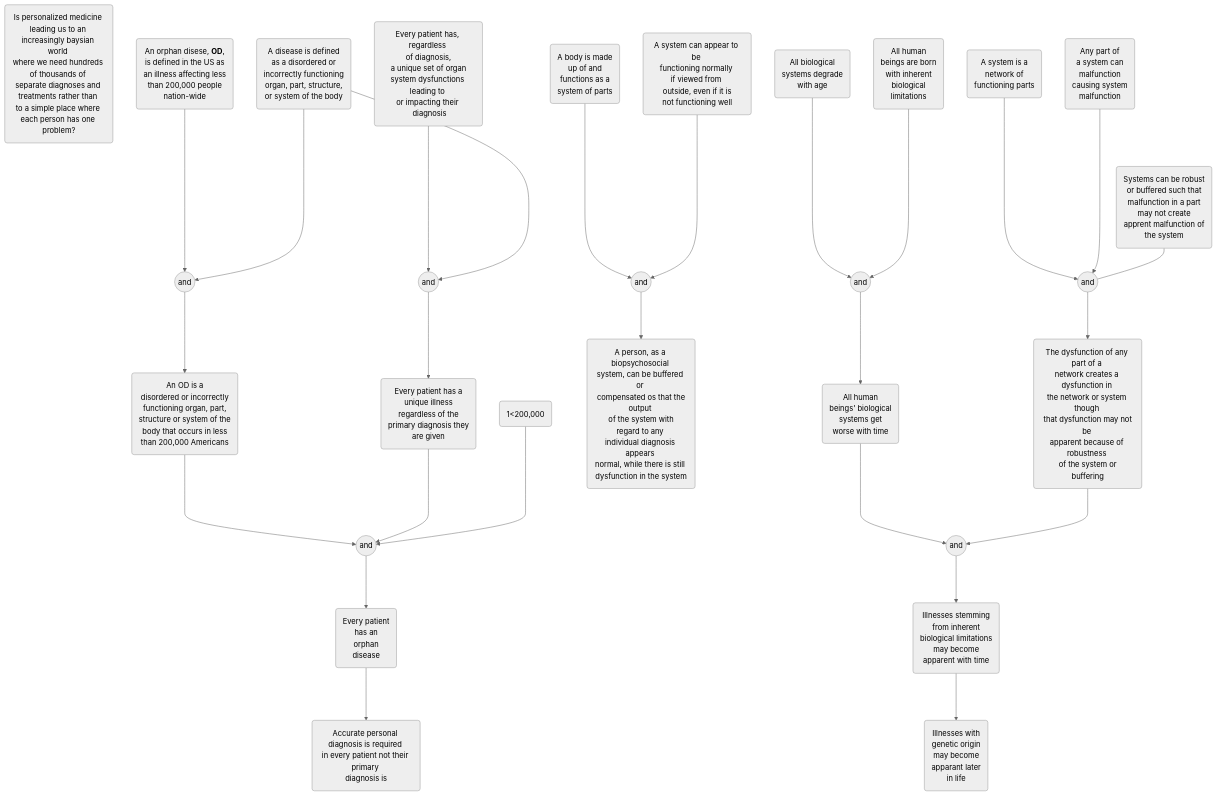
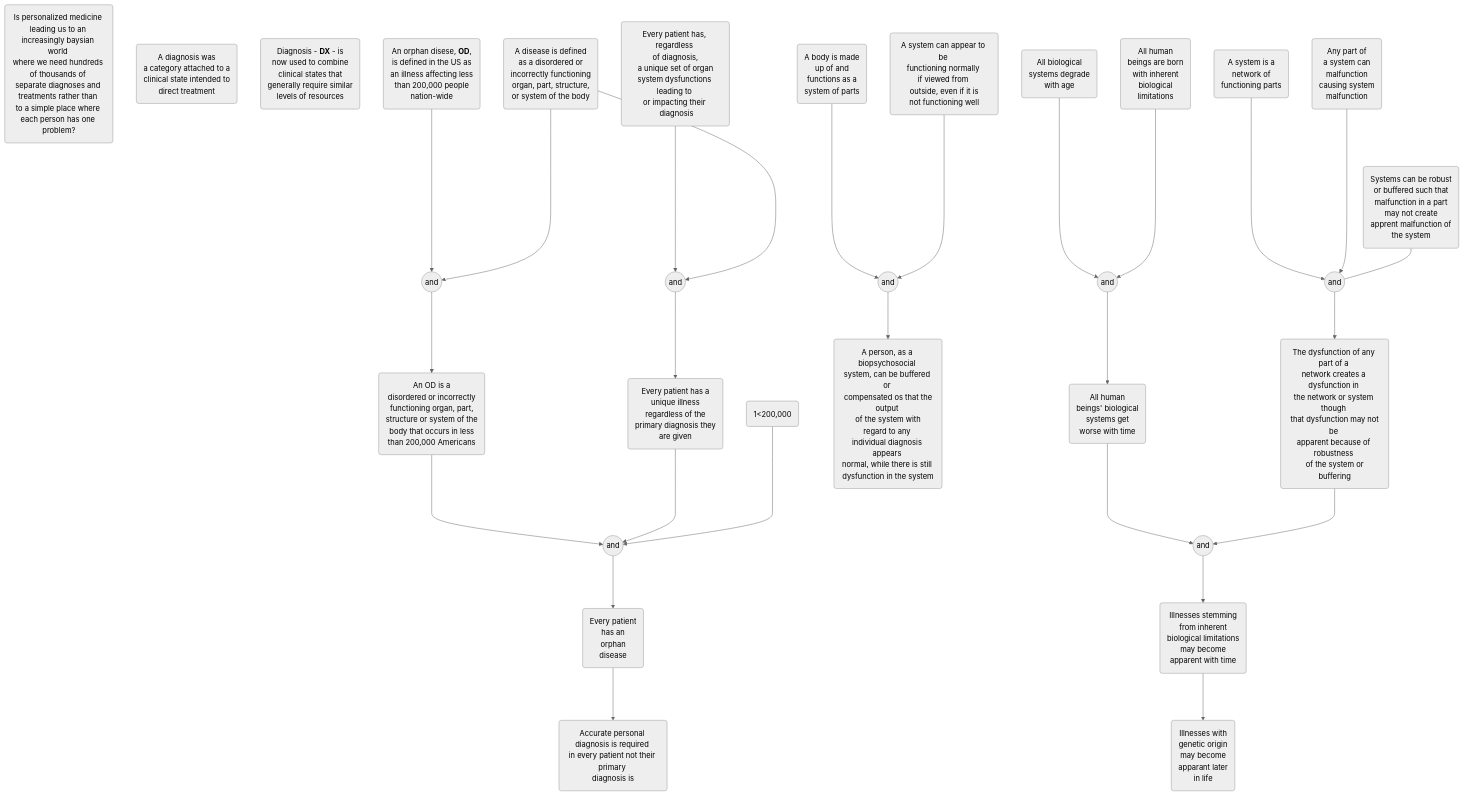
The diagram in Orphan_Diseases.md (hwetsman/TOC_Trees), drawn with Mermaid (neutral theme) before and after one commit.

Commit message:
Code: add DX

````diff
--- a/Orphan_Diseases.md
+++ b/Orphan_Diseases.md
@@ -3,64 +3,67 @@
 ```mermaid
 flowchart TD
 proposition(Is personalized medicine <br>leading us to an <br>increasingly baysian world <br>where we need hundreds <br>of thousands of <br>separate diagnoses and <br>treatments rather than <br>to a simple place where <br>each person has one problem?)
+
+old_diagnosis(A diagnosis was <br>a category attached to a <br> clinical state intended to <br>direct treatment)
+new_diagnosis(Diagnosis - <b>DX</b> - is <br>now used to combine <br>clinical states that <br>generally require similar <br>levels of resources)
 
 orphan(An orphan disese, <b>OD</b>, <br>is defined in the US as <br>an illness affecting less <br>than 200,000 people <br> nation-wide)
 disease(A disease is defined <br>as a disordered or <br>incorrectly functioning <br>organ, part, structure, <br>or system of the body)
 and1((and))
     orphan--->and1
     disease--->and1
 every_pt(Every patient has, regardless <br> of diagnosis, <br> a unique set of organ <br>system dysfunctions leading to <br>or impacting their <br> diagnosis)
     and2((and))
         every_pt--->and2
         disease--->and2
 OD_def(An OD is a <br>disordered or incorrectly <br> functioning organ, part, <br>structure or system of the <br>body that occurs in less <br>than 200,000 Americans)
     and1--->OD_def
 every_pt2(Every patient has a <br>unique illness <br>regardless of the <br> primary diagnosis they <br>are given)
     and2--->every_pt2
 logic(1<200,000)
 and3((and))
     OD_def--->and3
     every_pt2--->and3
     logic--->and3
 every_pt3(Every patient <br>has an <br>orphan <br>disease)
     and3--->every_pt3
 accurate(Accurate personal <br>diagnosis is required <br>in every patient not <brmatter how common <br>their primary <br>diagnosis is)
     every_pt3--->accurate
 
 body(A body is made <br>up of and <br>functions as a <br>system of parts)
 systems(A system can appear to be <br>functioning normally <br>if viewed from <br> outside, even if it is <br>not functioning well)
 and4((and))
     body--->and4
     systems--->and4
 persons(A person, as a biopsychosocial <br>system, can be buffered or <br> compensated os that the output <br> of the system with regard to any <br>individual diagnosis appears <br>normal, while there is still <br>dysfunction in the system)
     and4--->persons
 
 system(A system is a <br>network of <br>functioning parts)
 any_system(Any part of <br>a system can <br>malfunction <br> causing system <br>malfunction)
 buffered(Systems can be robust <br>or buffered such that <br>malfunction in a part <br>may not create <br>apprent malfunction of <br>the system)
 and5((and))
     system--->and5
     any_system--->and5
     buffered---and5
         dysfunction(The dysfunction of any part of a <br>network creates a dysfunction in <br>the network or system though <br> that dysfunction may not be <br>apparent because of robustness <br> of the system or buffering)
         and5--->dysfunction
 
 age(All biological <br>systems degrade <br>with age)
 limits(All human <br>beings are born <br>with inherent <br>biological <br>limitations)
 and6((and))
     age--->and6
     limits--->and6
 time(All human <br>beings' biological <br>systems get <br>worse with time)
     and6--->time
         and7((and))
         time--->and7
         dysfunction--->and7
             tardive(Illnesses stemming <br>from inherent <br>biological limitations <br>may become <br>apparent with time)
                 and7--->tardive
                 genetic(Illnesses with <br>genetic origin <br>may become <br>apparant later <br>in life)
                     tardive--->genetic
 
     
 
 
 ```
````
